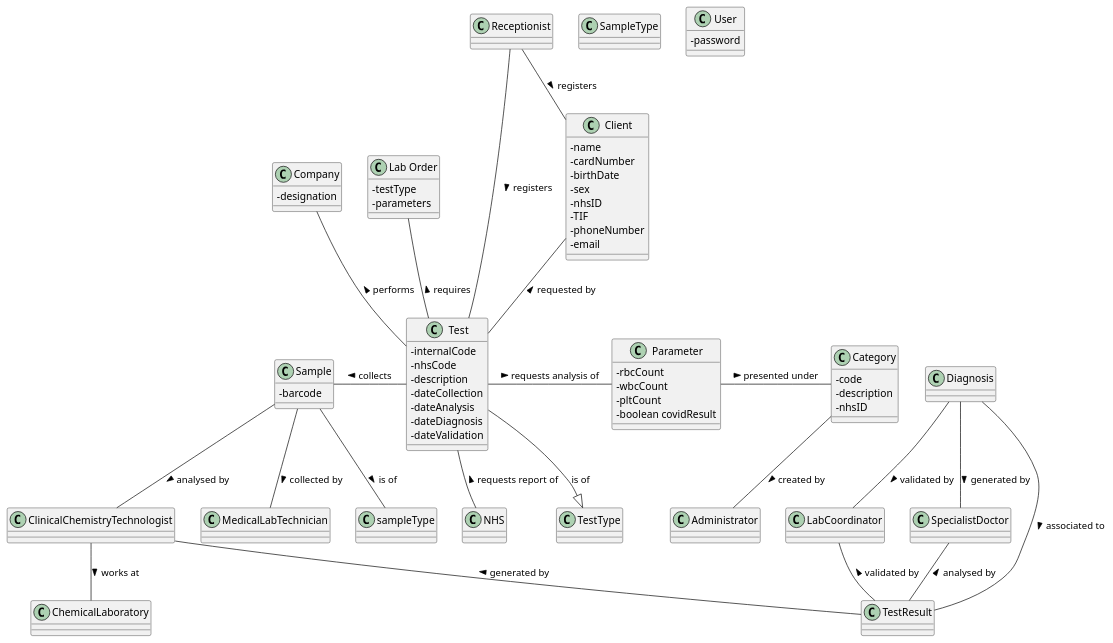
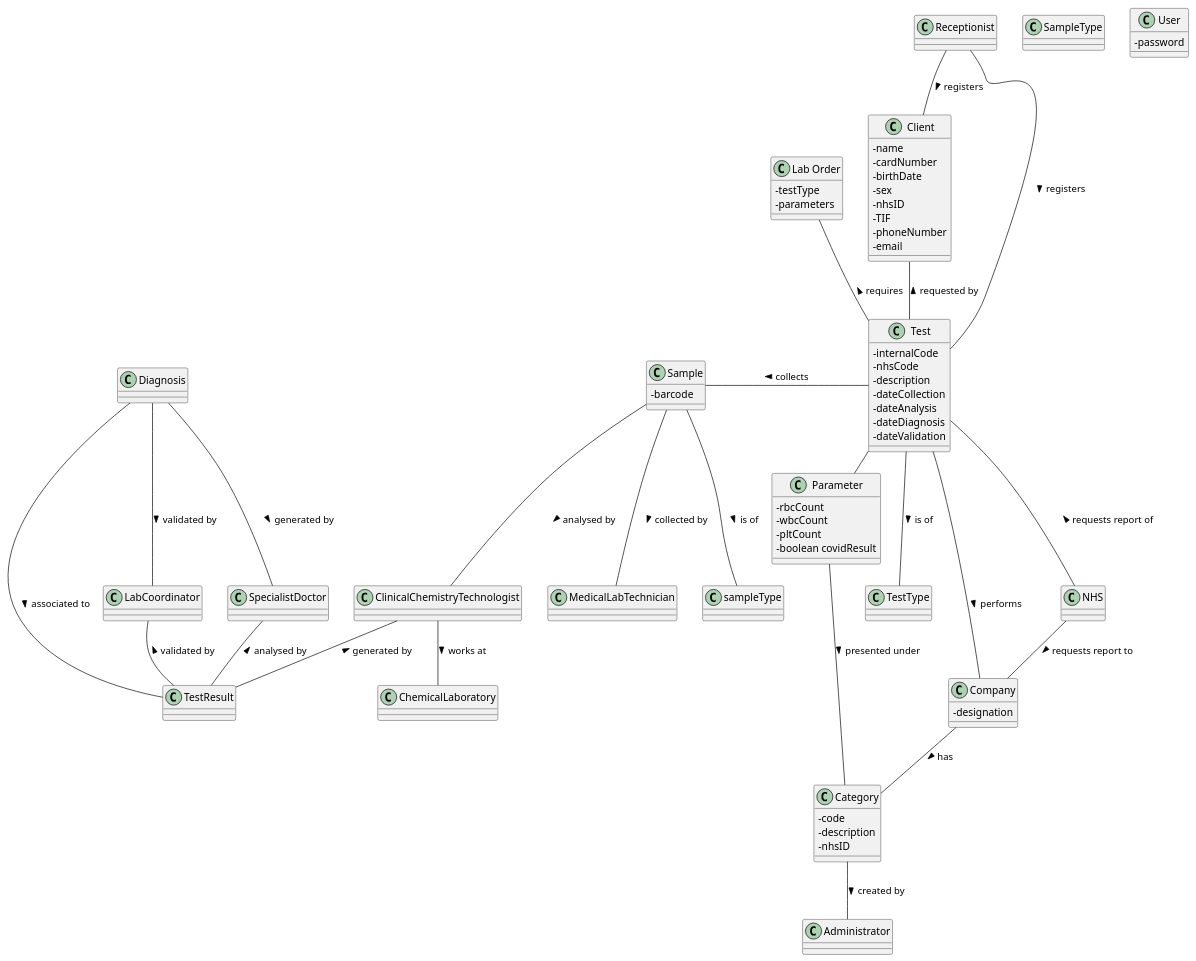
Before and after one commit to MadDinosaur/ISEP-LAPR2: the diagram in docs/SprintA/DM.puml, drawn with PlantUML. The commit also changed 2 other files, not shown here.

```diff
--- a/docs/SprintA/DM.puml
+++ b/docs/SprintA/DM.puml
@@ -1,79 +1,81 @@
 @startuml
 skinparam classAttributeIconSize 0
 class Test {
 -internalCode 
 -nhsCode 
 -description 
 -dateCollection 
 -dateAnalysis 
 -dateDiagnosis 
 -dateValidation
 }
 class TestType
 class Client {
 -name 
 -cardNumber 
 -birthDate 
 -sex 
 -nhsID
 -TIF
 -phoneNumber
 -email
 }
 class Sample {
 -barcode
 }
 class Parameter {
 -rbcCount 
 -wbcCount 
 -pltCount 
 -boolean covidResult 
 }
 class "Lab Order" {
 -testType 
 -parameters 
 }
 class Company {
 -designation
 }
 class Category {
 -code 
 -description 
 -nhsID 
 }
 class Administrator
 class SampleType
 class MedicalLabTechnician
 class ClinicalChemistryTechnologist
 class ChemicalLaboratory
 class Receptionist
 class TestResult
 class SpecialistDoctor
 class LabCoordinator
 class Diagnosis
 class NHS
 class User {
 -password
 }
-Test --|> "TestType" : is of
+Test -down- "TestType" : is of >
 Test -up- Client : requested by >
 Test -left- Sample : collects >
 Test -right- Parameter : requests analysis of >
 Test -up- "Lab Order" : requires >
 Test -up- Company : performs >
 Administrator -up- Category : created by <
 Parameter -right- Category : presented under >
 sampleType -up- Sample  : is of <
 MedicalLabTechnician -up- Sample : collected by <
 ClinicalChemistryTechnologist -up- Sample : analysed by <
 ClinicalChemistryTechnologist -down- ChemicalLaboratory : works at >
 Receptionist -down- Client : registers >
 Receptionist -down- Test : registers >
 TestResult -up- ClinicalChemistryTechnologist : generated by >
 TestResult -up- SpecialistDoctor : analysed by >
 TestResult -up- LabCoordinator : validated by >
 Diagnosis -down- SpecialistDoctor : generated by >
 Diagnosis -down- LabCoordinator : validated by >
 Diagnosis -down- TestResult : associated to >
 NHS -up- Test : requests report of >
+NHS -down- Company : requests report to >
+Company -down- Category : has >
 @enduml
```
